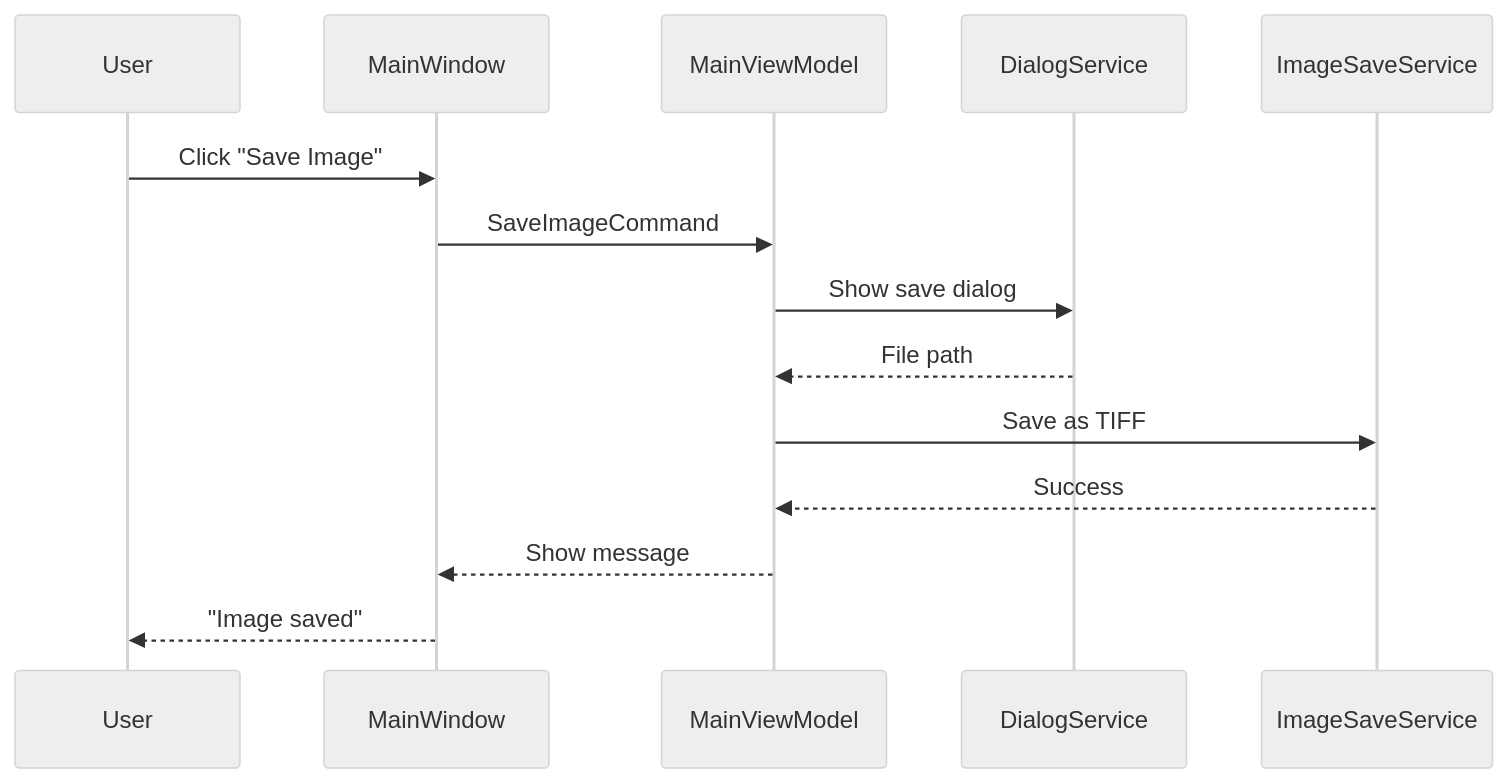
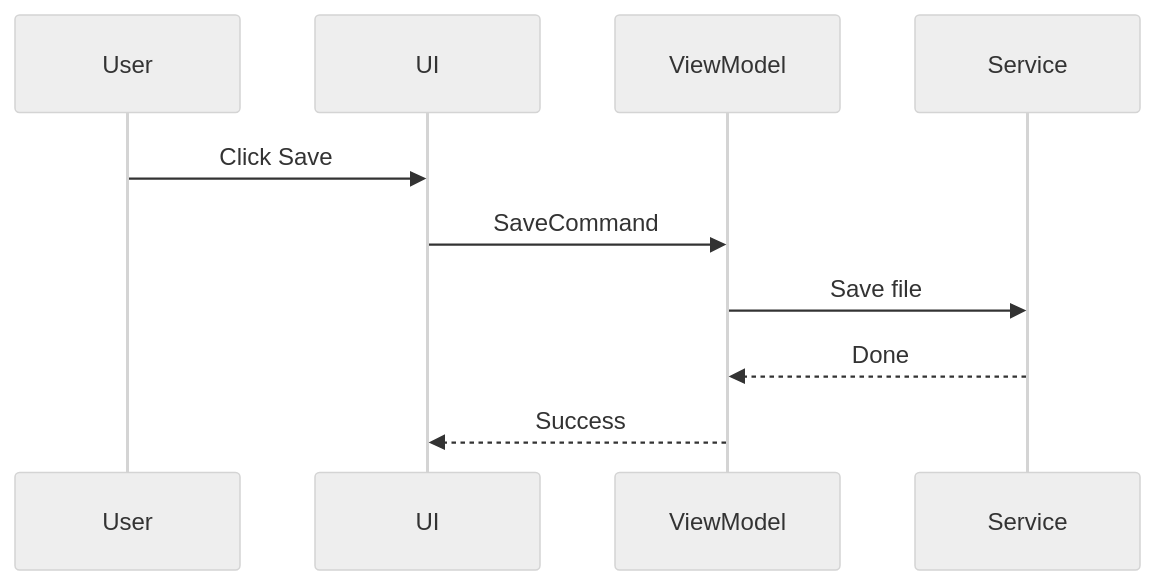
The seventh of 10 diagrams in ARCHITECTURE.md (Anoopa-kedila/ImageReviewer), drawn with Mermaid (neutral theme) before and after one commit. The commit also changed other lines of this file, not shown here.

First line of the commit message:
Simplify diagrams to look more human-made

````diff
--- a/ARCHITECTURE.md
+++ b/ARCHITECTURE.md
@@ -218,11 +172,8 @@
 ```mermaid
 sequenceDiagram
-    User->>MainWindow: Click "Save Image"
-    MainWindow->>MainViewModel: SaveImageCommand
-    MainViewModel->>DialogService: Show save dialog
-    DialogService-->>MainViewModel: File path
-    MainViewModel->>ImageSaveService: Save as TIFF
-    ImageSaveService-->>MainViewModel: Success
-    MainViewModel-->>MainWindow: Show message
-    MainWindow-->>User: "Image saved"
+    User->>UI: Click Save
+    UI->>ViewModel: SaveCommand
+    ViewModel->>Service: Save file
+    Service-->>ViewModel: Done
+    ViewModel-->>UI: Success
 ```
````
